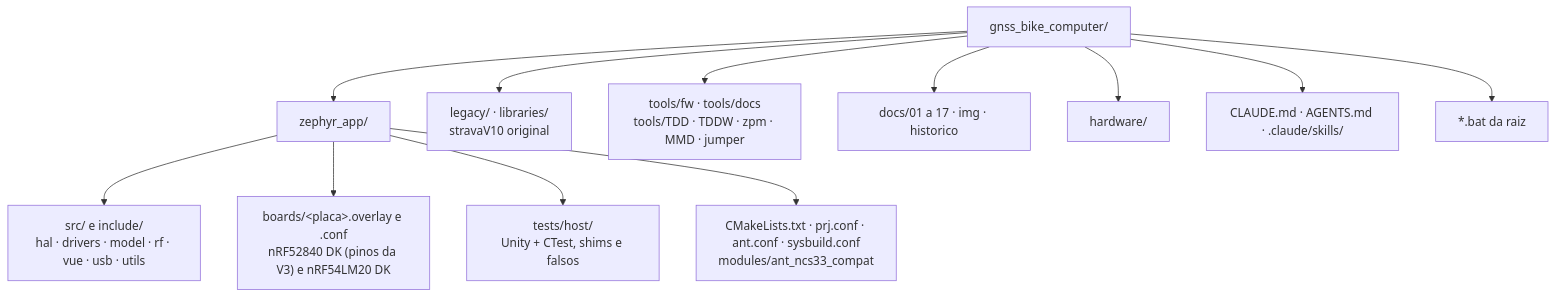
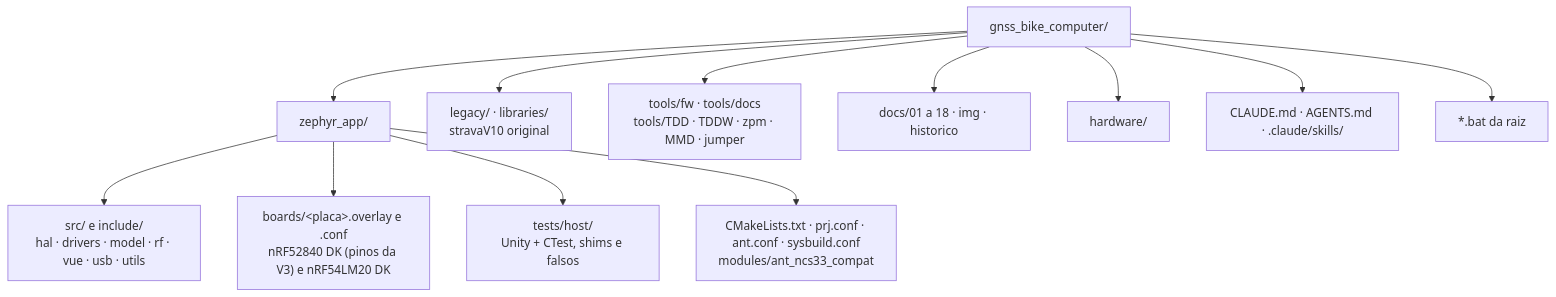
Before and after one commit to Guiimartinho/gnss-bike-computer: the first of 2 diagrams in CLAUDE.md, drawn with Mermaid. The commit also changed other lines of this file and 14 other files, not shown here.

````diff
--- a/CLAUDE.md
+++ b/CLAUDE.md
@@ -58,15 +58,15 @@
 ```mermaid
 flowchart TB
     ROOT["gnss_bike_computer/"]
     ROOT --> ZA["zephyr_app/"]
     ZA --> ZS["src/ e include/<br/>hal · drivers · model · rf · vue · usb · utils"]
     ZA --> ZB["boards/&lt;placa&gt;.overlay e .conf<br/>nRF52840 DK (pinos da V3) e nRF54LM20 DK"]
     ZA --> ZT["tests/host/<br/>Unity + CTest, shims e falsos"]
     ZA --> ZC["CMakeLists.txt · prj.conf · ant.conf · sysbuild.conf<br/>modules/ant_ncs33_compat"]
     ROOT --> LEG["legacy/ · libraries/<br/>stravaV10 original"]
     ROOT --> TOOLS["tools/fw · tools/docs<br/>tools/TDD · TDDW · zpm · MMD · jumper"]
-    ROOT --> DOCS["docs/01 a 17 · img · historico"]
+    ROOT --> DOCS["docs/01 a 18 · img · historico"]
     ROOT --> HW["hardware/"]
     ROOT --> AI["CLAUDE.md · AGENTS.md · .claude/skills/"]
     ROOT --> BAT["*.bat da raiz"]
 ```
````
